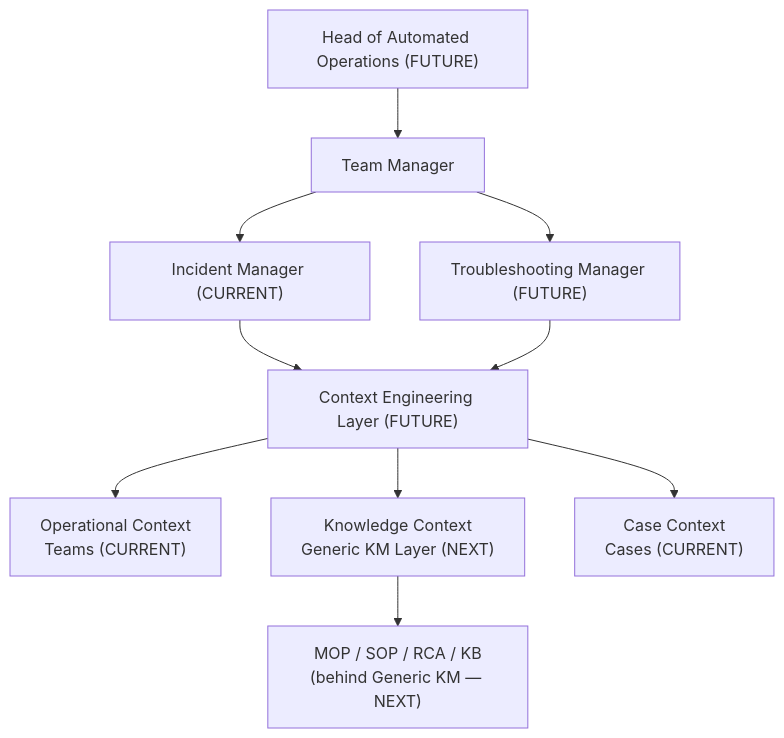
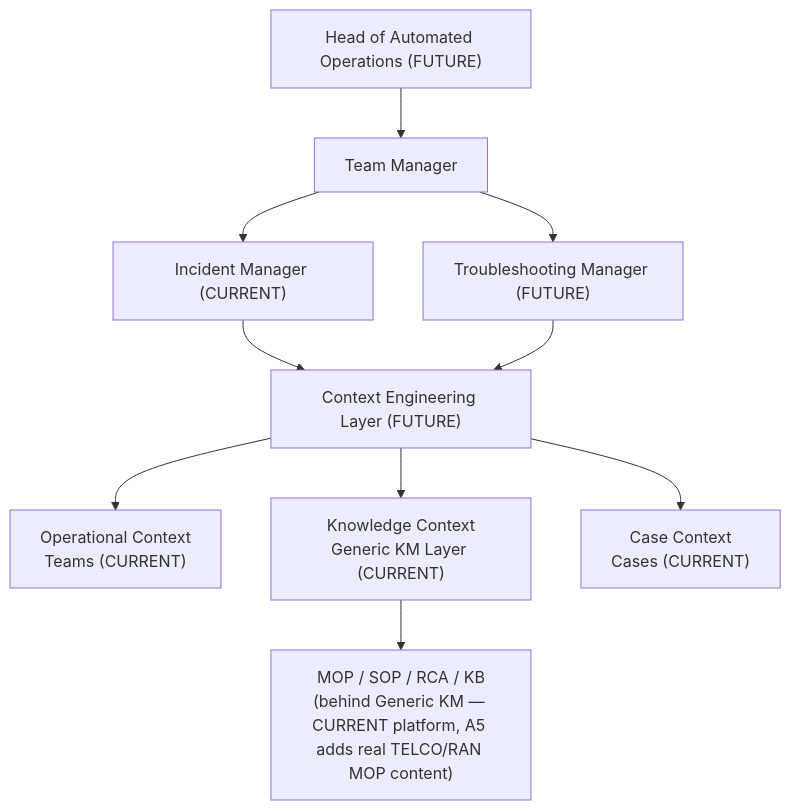
One commit to drak0niii/SLOPANOC changed the third of 4 diagrams in README.md. Above: the diagram before and after it, drawn with Mermaid. The commit also changed other lines of this file and 3 other files, not shown here.

Commit message:
docs: consolidate build sequence and roadmap

````diff
--- a/README.md
+++ b/README.md
@@ -169,12 +195,12 @@
 ```mermaid
 flowchart TD
     HOO["Head of Automated Operations (FUTURE)"] --> TM[Team Manager]
     TM --> IM["Incident Manager (CURRENT)"]
     TM --> TSM["Troubleshooting Manager (FUTURE)"]
     IM --> CEL["Context Engineering Layer (FUTURE)"]
     TSM --> CEL
     CEL --> OC["Operational Context<br/>Teams (CURRENT)"]
-    CEL --> KC["Knowledge Context<br/>Generic KM Layer (NEXT)"]
+    CEL --> KC["Knowledge Context<br/>Generic KM Layer (CURRENT)"]
     CEL --> CC["Case Context<br/>Cases (CURRENT)"]
-    KC --> KM["MOP / SOP / RCA / KB<br/>(behind Generic KM — NEXT)"]
+    KC --> KM["MOP / SOP / RCA / KB<br/>(behind Generic KM — CURRENT platform, A5 adds real TELCO/RAN MOP content)"]
 ```
````
